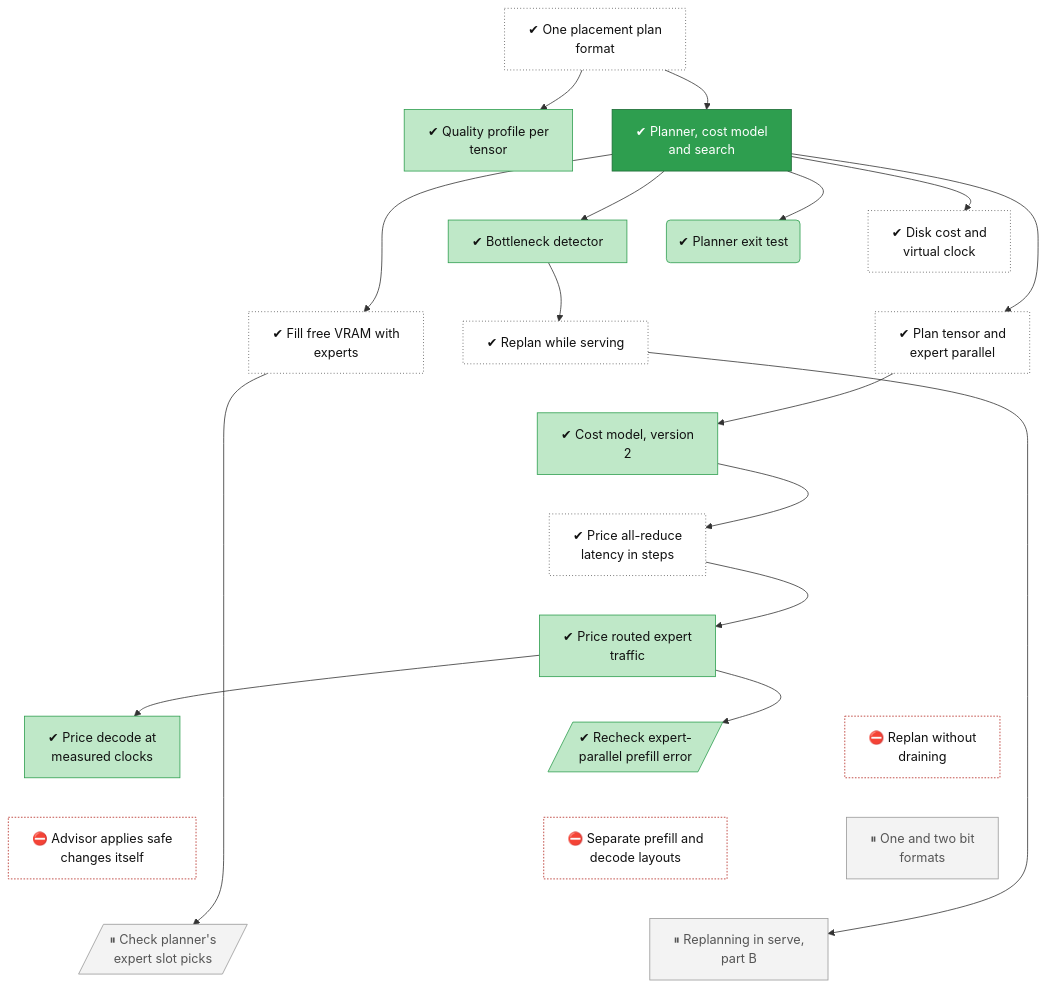
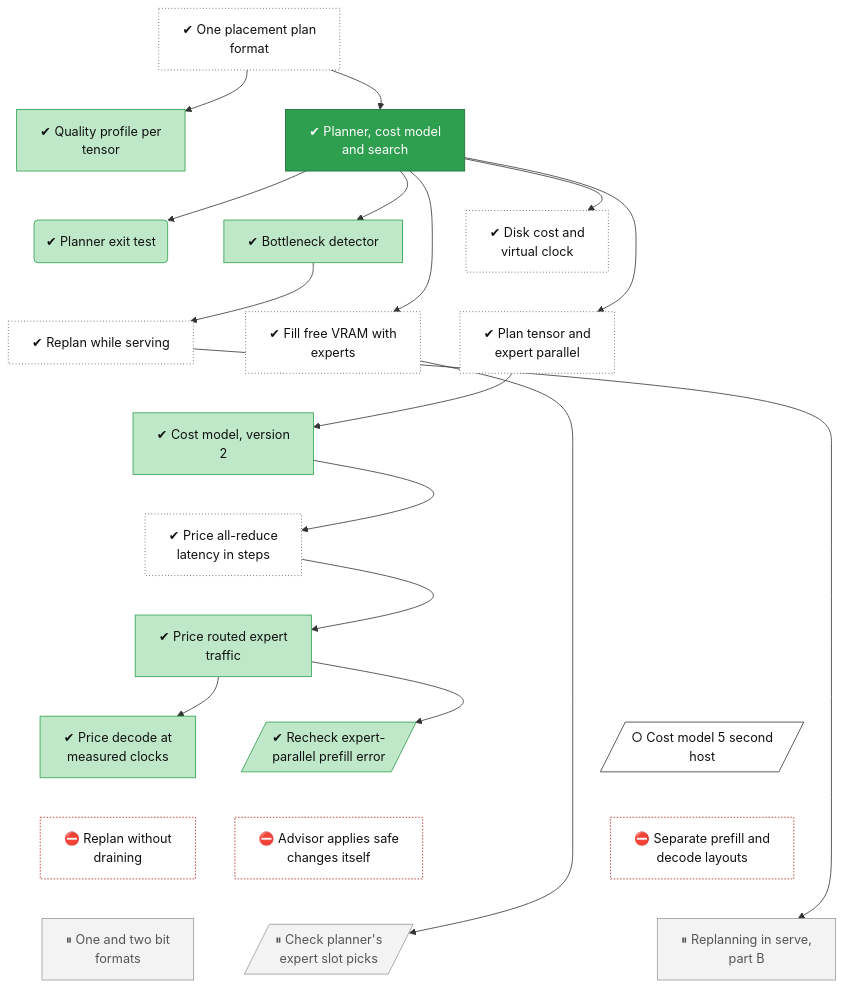
One commit to lhns/tetraeder changed the diagram in docs/roadmap/tracks/planner.md. Above: the diagram before and after it, drawn with Mermaid. The commit also changed other lines of this file and 14 other files, not shown here.

Commit message:
M2 reached (owner, on the advisor's recommendation): ADRs 0068, 0069, 0081, 0082 accepted; rule changes and delegated calls ratified; A/B stands in for the 30B D2a half; ADR 0065 rerun-fix history; tree: M2 done, transport next, 30B c4 gap and cost model 5 second host added

````diff
--- a/docs/roadmap/tracks/planner.md
+++ b/docs/roadmap/tracks/planner.md
@@ -10,79 +10,81 @@
 ```mermaid
 flowchart TB
     planner_plan_ir["✔ One placement plan<br/>format"]
     planner_quality["✔ Quality profile per<br/>tensor"]
     planner_core["✔ Planner, cost model<br/>and search"]
     planner_exit("✔ Planner exit test")
     planner_detector["✔ Bottleneck detector"]
     planner_tier_cost["✔ Disk cost and<br/>virtual clock"]
     planner_replan["✔ Replan while serving"]
     planner_fill_tier["✔ Fill free VRAM with<br/>experts"]
     planner_parallel_shapes["✔ Plan tensor and<br/>expert parallel"]
     planner_cost_v2["✔ Cost model, version<br/>2"]
     planner_cost_v3["✔ Price all-reduce<br/>latency in steps"]
     planner_cost_v4["✔ Price routed expert<br/>traffic"]
     planner_cost_model_v5["✔ Price decode at<br/>measured clocks"]
     planner_ep_prefill_recheck[/"✔ Recheck expert-<br/>parallel prefill error"/]
+    planner_cost_model_v5_host2[/"○ Cost model 5 second<br/>host"/]
     planner_live_replan["⛔ Replan without<br/>draining"]
     planner_advisor_auto["⛔ Advisor applies safe<br/>changes itself"]
     planner_split_layouts["⛔ Separate prefill and<br/>decode layouts"]
     planner_low_bit_formats["⏸ One and two bit<br/>formats"]
     planner_slot_campaign[/"⏸ Check planner's<br/>expert slot picks"/]
     planner_replan_part_b["⏸ Replanning in serve,<br/>part B"]
     planner_plan_ir ~~~ planner_quality
     planner_plan_ir ~~~ planner_core
     planner_quality ~~~ planner_exit
     planner_core ~~~ planner_detector
     planner_core ~~~ planner_tier_cost
     planner_exit ~~~ planner_replan
     planner_detector ~~~ planner_fill_tier
     planner_tier_cost ~~~ planner_parallel_shapes
     planner_replan ~~~ planner_cost_v2
     planner_fill_tier ~~~ planner_cost_v2
     planner_parallel_shapes ~~~ planner_cost_v2
     planner_cost_v2 ~~~ planner_cost_v3
     planner_cost_v3 ~~~ planner_cost_v4
     planner_cost_v4 ~~~ planner_cost_model_v5
     planner_cost_v4 ~~~ planner_ep_prefill_recheck
-    planner_cost_v4 ~~~ planner_live_replan
-    planner_cost_model_v5 ~~~ planner_advisor_auto
-    planner_ep_prefill_recheck ~~~ planner_split_layouts
+    planner_cost_v4 ~~~ planner_cost_model_v5_host2
+    planner_cost_model_v5 ~~~ planner_live_replan
+    planner_ep_prefill_recheck ~~~ planner_advisor_auto
+    planner_cost_model_v5_host2 ~~~ planner_split_layouts
     planner_live_replan ~~~ planner_low_bit_formats
     planner_advisor_auto ~~~ planner_slot_campaign
     planner_split_layouts ~~~ planner_replan_part_b
-    planner_low_bit_formats ~~~ planner_replan_part_b
     planner_plan_ir --> planner_quality
     planner_plan_ir --> planner_core
     planner_core --> planner_exit
     planner_core --> planner_detector
     planner_core --> planner_tier_cost
     planner_detector --> planner_replan
     planner_core --> planner_fill_tier
     planner_core --> planner_parallel_shapes
     planner_parallel_shapes --> planner_cost_v2
     planner_cost_v2 --> planner_cost_v3
     planner_cost_v3 --> planner_cost_v4
     planner_cost_v4 --> planner_cost_model_v5
     planner_cost_v4 --> planner_ep_prefill_recheck
     planner_fill_tier --> planner_slot_campaign
     planner_replan --> planner_replan_part_b
     classDef vsucc fill:#2e9e4f,stroke:#1b6b34,color:#fff
     classDef succ fill:#bfe8c8,stroke:#2e9e4f,color:#111
     classDef mixed fill:#ffd37a,stroke:#c98a00,color:#111
     classDef bad fill:#f28b82,stroke:#b3261e,color:#111
     classDef dead fill:#e6e6e6,stroke:#777,stroke-dasharray:5 5,color:#555
     classDef inprog fill:#a8cdf5,stroke:#1f6fc5,color:#111
     classDef next fill:#fff,stroke:#333,color:#111
     classDef blocked fill:#fff,stroke:#b3261e,stroke-dasharray:2 2,color:#111
     classDef parked fill:#f3f3f3,stroke:#999,color:#555
     classDef unrated fill:#fff,stroke:#333,stroke-dasharray:1 3,color:#111
     classDef gate fill:#d9c2f0,stroke:#7b3fb5,color:#111
     classDef decided fill:#ece0f7,stroke:#7b3fb5,stroke-dasharray:2 2,color:#111
     classDef finding fill:#ffe0b2,stroke:#d84315,stroke-width:2px,color:#111
     classDef waiting fill:#e3f2fd,stroke:#1f6fc5,stroke-dasharray:5 5,color:#111
     class planner_plan_ir,planner_tier_cost,planner_replan,planner_fill_tier,planner_parallel_shapes,planner_cost_v3 unrated
     class planner_quality,planner_exit,planner_detector,planner_cost_v2,planner_cost_v4,planner_cost_model_v5,planner_ep_prefill_recheck succ
     class planner_core vsucc
+    class planner_cost_model_v5_host2 next
     class planner_live_replan,planner_advisor_auto,planner_split_layouts blocked
     class planner_low_bit_formats,planner_slot_campaign,planner_replan_part_b parked
 ```
````
